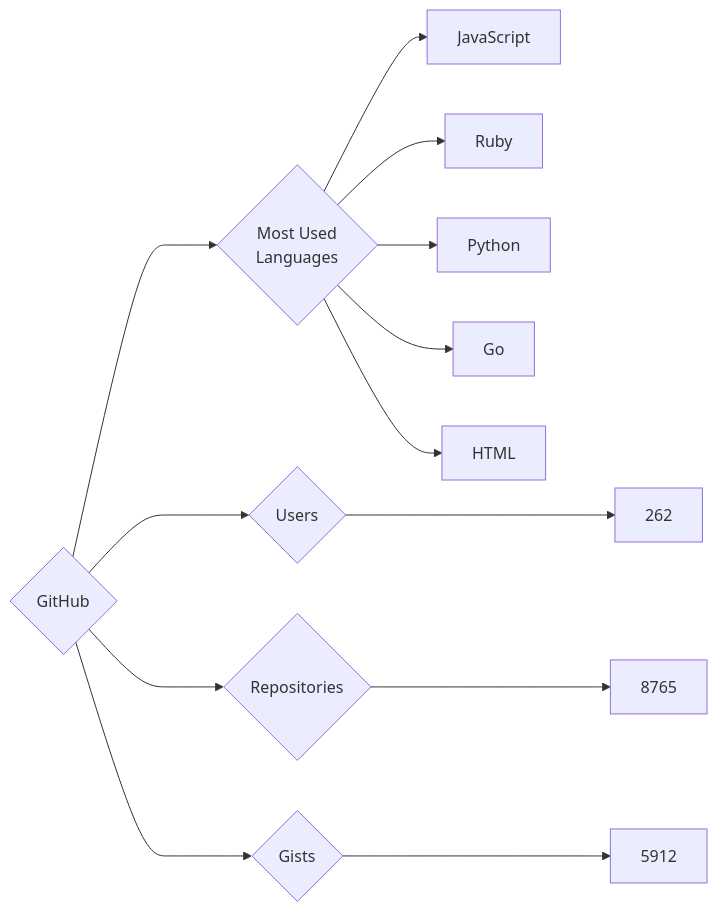
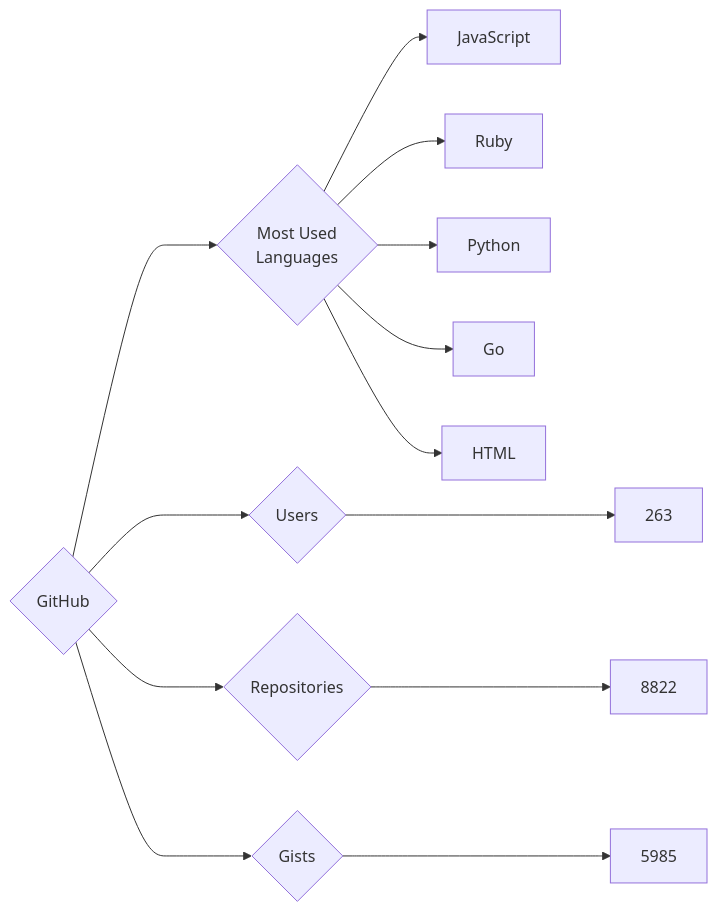
One commit to trickest/insiders changed the diagram in targets/GitHub/README.md. Above: the diagram before and after it, drawn with Mermaid. The commit also changed 633 other files, not shown here.

````diff
--- a/targets/GitHub/README.md
+++ b/targets/GitHub/README.md
@@ -3,13 +3,13 @@
 ```mermaid
 graph LR
 COMPANY_NAME{GitHub}
-COMPANY_NAME ---> U{Users} ---> UN[262]
-COMPANY_NAME ---> R{Repositories} ---> RN[8765]
-COMPANY_NAME ---> G{Gists} ---> GN[5912]
+COMPANY_NAME ---> U{Users} ---> UN[263]
+COMPANY_NAME ---> R{Repositories} ---> RN[8822]
+COMPANY_NAME ---> G{Gists} ---> GN[5985]
 COMPANY_NAME ---> ML{Most Used<br>Languages}
 ML --> JavaScript[JavaScript]
 ML --> Ruby[Ruby]
 ML --> Python[Python]
 ML --> Go[Go]
 ML --> HTML[HTML]
 ```
````
